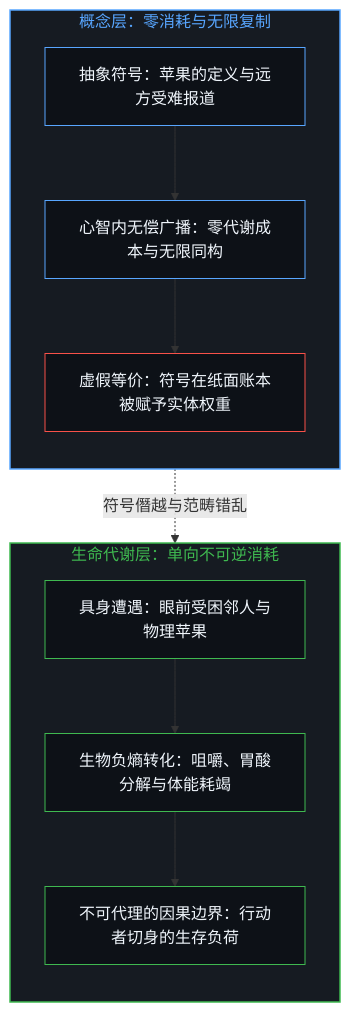
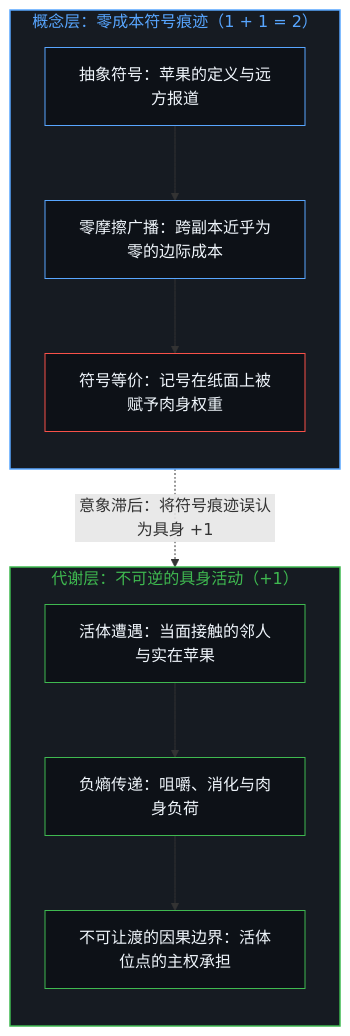
Before and after one commit to powerpig99/not-a-toe: the first of 8 diagrams in content/posts/abstract-pain-and-living-hunger.md, drawn with Mermaid. The commit also changed other lines of this file and 7 other files, not shown here.

````diff
--- a/content/posts/abstract-pain-and-living-hunger.md
+++ b/content/posts/abstract-pain-and-living-hunger.md
@@ -17,26 +17,26 @@
 ```mermaid
 flowchart TD
-    subgraph S_Concept["概念层：零消耗与无限复制"]
+    subgraph S_Concept["概念层：零成本符号痕迹（1 + 1 = 2）"]
         direction TB
-        C1["抽象符号：苹果的定义与远方受难报道"]
-        C2["心智内无偿广播：零代谢成本与无限同构"]
-        C3["虚假等价：符号在纸面账本被赋予实体权重"]
+        C1["抽象符号：苹果的定义与远方报道"]
+        C2["零摩擦广播：跨副本近乎为零的边际成本"]
+        C3["符号等价：记号在纸面上被赋予肉身权重"]
     end
-    subgraph S_Metabolism["生命代谢层：单向不可逆消耗"]
+    subgraph S_Metabolism["代谢层：不可逆的具身活动（+1）"]
         direction TB
-        M1["具身遭遇：眼前受困邻人与物理苹果"]
-        M2["生物负熵转化：咀嚼、胃酸分解与体能耗竭"]
-        M3["不可代理的因果边界：行动者切身的生存负荷"]
+        M1["活体遭遇：当面接触的邻人与实在苹果"]
+        M2["负熵传递：咀嚼、消化与肉身负荷"]
+        M3["不可让渡的因果边界：活体位点的主权承担"]
     end
     C1 --> C2 --> C3
     M1 --> M2 --> M3
-    C3 -. "符号僭越与范畴错乱" .-> M3
+    C3 -. "意象滞后：将符号痕迹误认为具身 +1" .-> M3
     style S_Concept fill:#161b22,stroke:#58a6ff,stroke-width:1.5px,color:#58a6ff
     style S_Metabolism fill:#161b22,stroke:#3fb950,stroke-width:1.5px,color:#3fb950
     style C1 fill:#0d1117,stroke:#58a6ff,stroke-width:1px,color:#f0f6fc
     style C2 fill:#0d1117,stroke:#58a6ff,stroke-width:1px,color:#f0f6fc
     style C3 fill:#0d1117,stroke:#f85149,stroke-width:1px,color:#f0f6fc
     style M1 fill:#0d1117,stroke:#3fb950,stroke-width:1px,color:#f0f6fc
     style M2 fill:#0d1117,stroke:#3fb950,stroke-width:1px,color:#f0f6fc
     style M3 fill:#0d1117,stroke:#3fb950,stroke-width:1px,color:#f0f6fc
 ```
````
